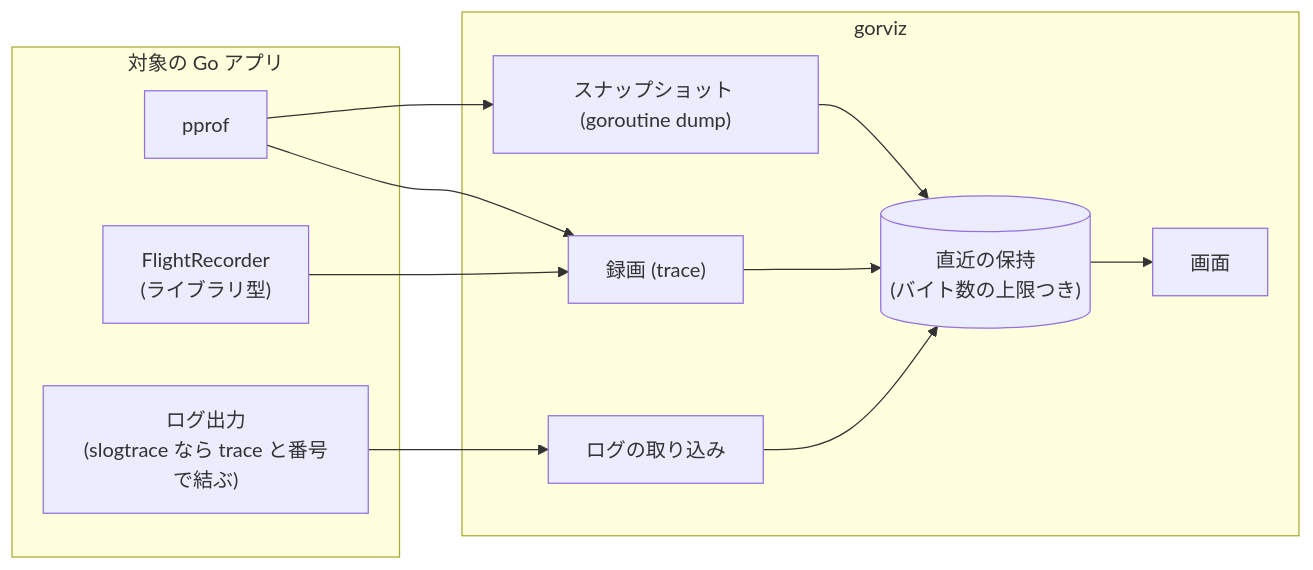
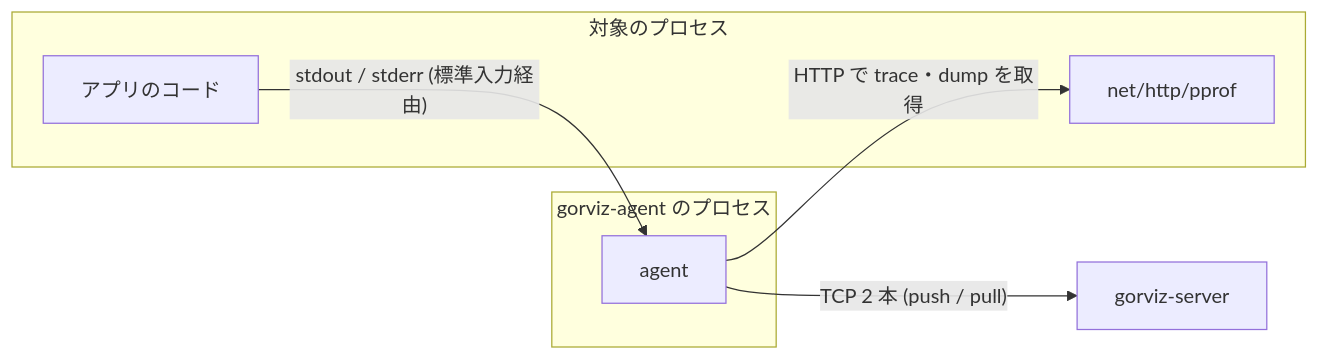
The first of 4 diagrams in docs/design.md (kakkky/gorviz), drawn with Mermaid before and after one commit. The commit also changed other lines of this file and 2 other files, not shown here.

````diff
--- a/docs/design.md
+++ b/docs/design.md
@@ -409,23 +71,15 @@
 ```mermaid
 flowchart LR
-    subgraph target["対象の Go アプリ"]
-        pprof["pprof"]
-        fr["FlightRecorder<br/>(ライブラリ型)"]
-        logout["ログ出力<br/>(slogtrace なら trace と番号で結ぶ)"]
+    subgraph appproc["対象のプロセス"]
+        app["アプリのコード"]
+        pprof["net/http/pprof"]
     end
-    subgraph gorviz["gorviz"]
-        rec["録画 (trace)"]
-        snap["スナップショット (goroutine dump)"]
-        login["ログの取り込み"]
-        store[("直近の保持<br/>(バイト数の上限つき)")]
-        screens["画面"]
+    subgraph agentproc["gorviz-agent のプロセス"]
+        agent["agent"]
     end
-    pprof --> rec
-    fr --> rec
-    pprof --> snap
-    logout --> login
-    rec --> store
-    snap --> store
-    login --> store
-    store --> screens
+    server["gorviz-server"]
+
+    agent -->|"HTTP で trace・dump を取得"| pprof
+    app -->|"stdout / stderr (標準入力経由)"| agent
+    agent -->|"TCP 2 本 (push / pull)"| server
 ```
````
